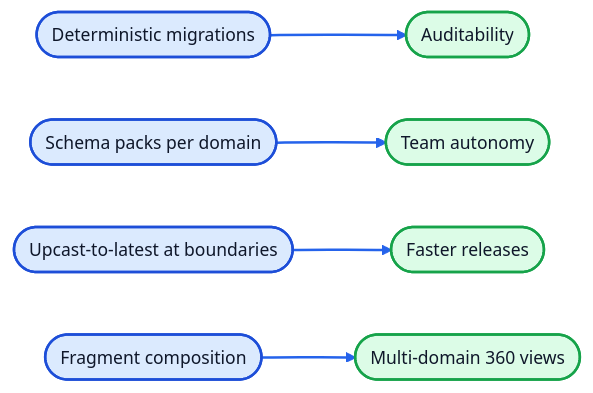
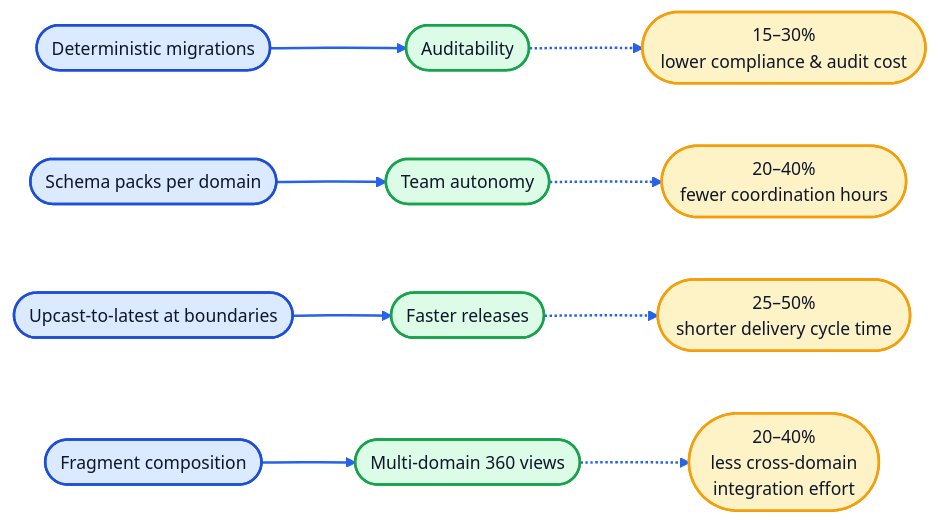
The third of 3 diagrams in README.md (cronologi/schemalution), drawn with Mermaid before and after one commit. The commit also changed other lines of this file, not shown here.

````diff
--- a/README.md
+++ b/README.md
@@ -85,16 +85,22 @@
 ```mermaid
 %%{init: {'theme': 'base', 'themeVariables': {'primaryColor': '#E6F4FF', 'primaryTextColor': '#0F172A', 'primaryBorderColor': '#1D4ED8', 'lineColor': '#2563EB', 'secondaryColor': '#F1F5F9', 'tertiaryColor': '#E2E8F0', 'edgeLabelBackground': '#F8FAFC', 'fontFamily': 'Inter, system-ui, sans-serif', 'fontSize': '14px'}}}%%
 graph LR
   C1([Deterministic migrations]) --> O1([Auditability])
   C2([Schema packs per domain]) --> O2([Team autonomy])
   C3([Upcast-to-latest at boundaries]) --> O3([Faster releases])
   C4([Fragment composition]) --> O4([Multi-domain 360 views])
+  O1 -.-> I1([15–30% </br> lower compliance & audit cost])
+  O2 -.-> I2([20–40% </br> fewer coordination hours])
+  O3 -.-> I3([25–50% </br> shorter delivery cycle time])
+  O4 -.-> I4([20–40% </br> less cross-domain </br> integration effort])
 
   classDef cap fill:#DBEAFE,stroke:#1D4ED8,stroke-width:2px,color:#0F172A;
   classDef out fill:#DCFCE7,stroke:#16A34A,stroke-width:2px,color:#0F172A;
+  classDef impact fill:#FEF3C7,stroke:#F59E0B,stroke-width:2px,color:#0F172A;
 
   class C1,C2,C3,C4 cap;
   class O1,O2,O3,O4 out;
+  class I1,I2,I3,I4 impact;
 
   linkStyle default stroke-width:2px;
 ```
````
